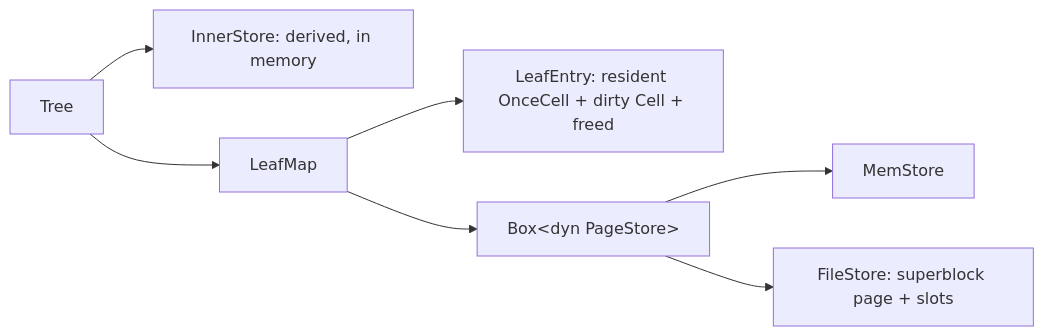
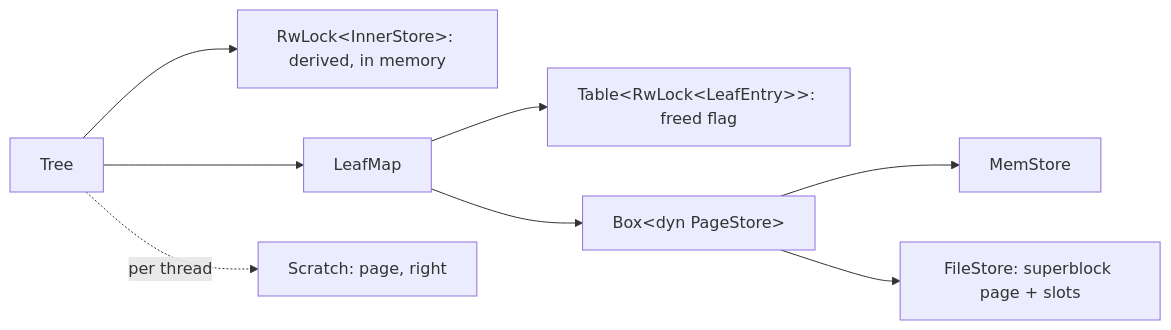
One commit to raydatray/peppydb changed the first of 2 diagrams in docs/design/bf-tree-leaf-store.md. Above: the diagram before and after it, drawn with Mermaid. The commit also changed other lines of this file and 9 other files, not shown here.

````diff
--- a/docs/design/bf-tree-leaf-store.md
+++ b/docs/design/bf-tree-leaf-store.md
@@ -12,9 +14,10 @@
 ```mermaid
 flowchart LR
-    Tree --> Inner["InnerStore: derived, in memory"]
+    Tree --> Inner["RwLock&lt;InnerStore&gt;: derived, in memory"]
     Tree --> Map["LeafMap"]
-    Map --> E["LeafEntry: resident OnceCell + dirty Cell + freed"]
+    Map --> E["Table&lt;RwLock&lt;LeafEntry&gt;&gt;: freed flag"]
     Map --> PS["Box&lt;dyn PageStore&gt;"]
     PS --> Mem["MemStore"]
     PS --> File["FileStore: superblock page + slots"]
+    Tree -. per thread .-> S["Scratch: page, right"]
 ```
````
